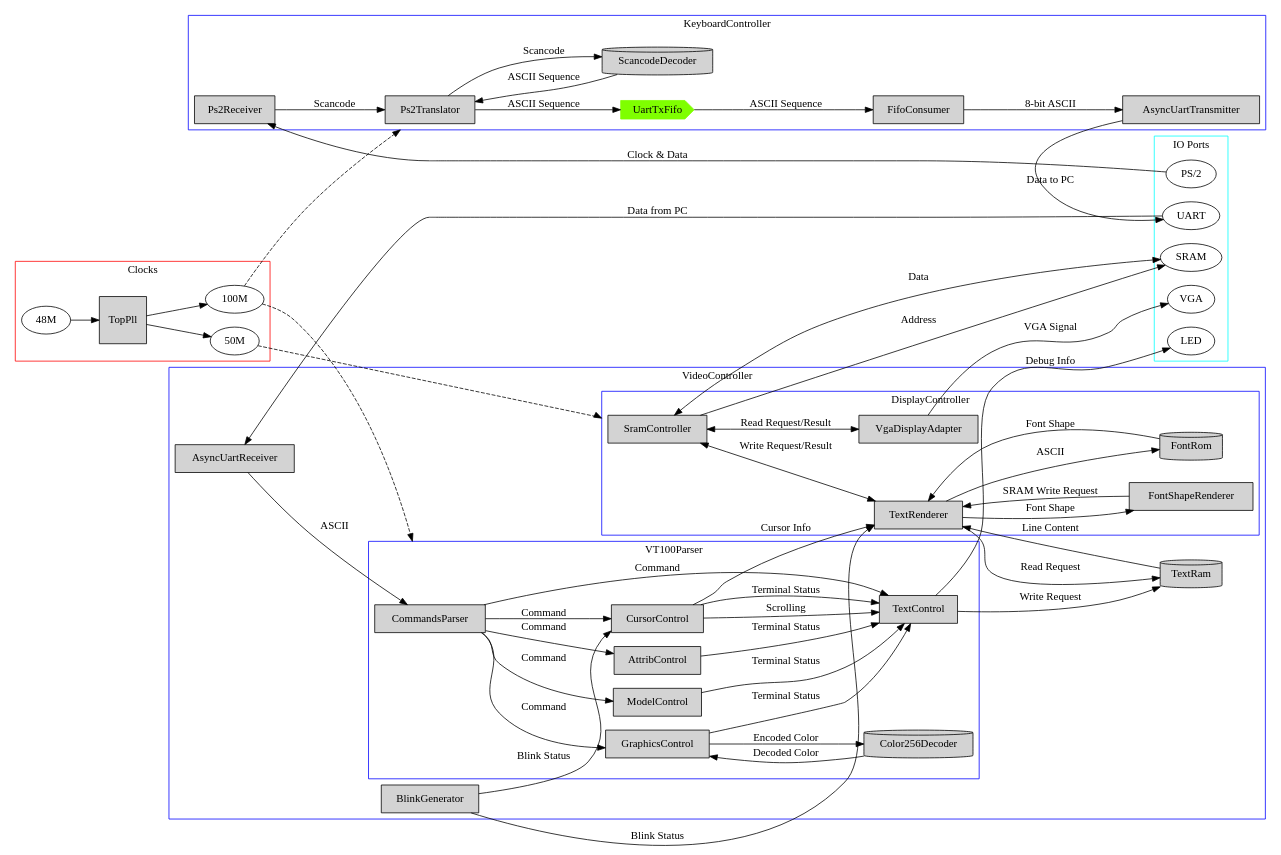
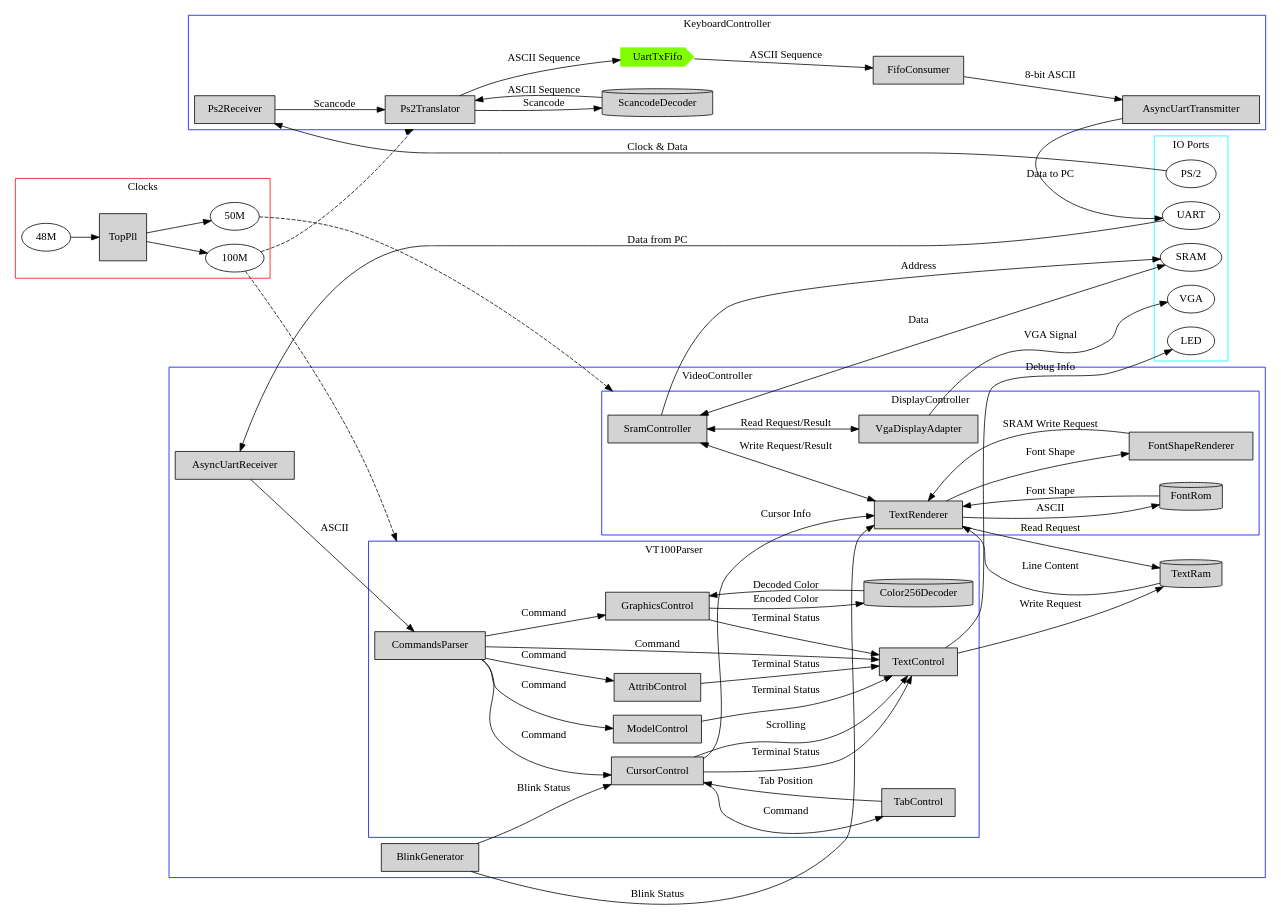
One commit to Harry-Chen/fpga-virtual-console changed the diagram in doc/plots/Architecture.dot. Above: the diagram before and after it, drawn with Graphviz. The commit also changed 3 other files, not shown here.

Commit message:
Finish KeyboardController and add TabControl in architecture

```diff
--- a/doc/plots/Architecture.dot
+++ b/doc/plots/Architecture.dot
@@ -1,119 +1,121 @@
 digraph Architecture {
     rankdir=LR;
 
     graph[compound=true];
 
     subgraph cluster_pll{
         color=red;
         label="Clocks";
         TopPll[shape=square,style=filled];
         TopPll->"100M";
         TopPll->"50M";
         "48M"->TopPll;
     }
 
 
     subgraph cluster_IOPorts{
         color=cyan;
         label="IO Ports";
         node[shape=ellipse];
         "PS/2";
         UART;
         VGA;
         SRAM;
         LED;
     }
 
     subgraph cluster_keyboard{
         label="KeyboardController";
         node[style=filled, shape=box];
         color=blue;
 
         Ps2Receiver->Ps2Translator[label="Scancode"];
         Ps2Translator->ScancodeDecoder[label="Scancode"];
         ScancodeDecoder->Ps2Translator[label="ASCII Sequence"];
         ScancodeDecoder[shape=cylinder];
 
         UartTxFifo[shape=cds, color=chartreuse];
 
         Ps2Translator->UartTxFifo[label="ASCII Sequence"];
         UartTxFifo->FifoConsumer[label="ASCII Sequence"];
         FifoConsumer->AsyncUartTransmitter[label="8-bit ASCII"];
 
     }
 
 
     subgraph cluster_video{
         label="VideoController";
         node[style=filled, shape=box];
         color=blue;
 
         TextRam[shape=cylinder];
 
         subgraph cluster_display{
             label="DisplayController";
 
             SramController->VgaDisplayAdapter[dir=both,label="Read Request/Result"];
 
             SramController->TextRenderer[dir=both,label="Write Request/Result"];
             
             FontRom[shape=cylinder];
             TextRenderer->FontRom[label="ASCII"];
             FontRom->TextRenderer[label="Font Shape"];
 
             TextRenderer->FontShapeRenderer[label="Font Shape"];
             FontShapeRenderer->TextRenderer[label="SRAM Write Request"];
             
         }
 
 
         subgraph cluster_parser{
             label="VT100Parser"
 
             CommandsParser->CursorControl[label="Command"];
             CommandsParser->TextControl[label="Command"];
             CommandsParser->ModelControl[label="Command"];
             CommandsParser->AttribControl[label="Command"];
             CommandsParser->GraphicsControl[label="Command"];
 
             CursorControl->TextControl[label="Terminal Status"];
             ModelControl->TextControl[label="Terminal Status"];
             AttribControl->TextControl[label="Terminal Status"];
             GraphicsControl->TextControl[label="Terminal Status"];
+            CursorControl->TabControl[label="Command"];
 
             Color256Decoder[shape=cylinder];
             GraphicsControl->Color256Decoder[label="Encoded Color"];
             Color256Decoder->GraphicsControl[label="Decoded Color"];
+            TabControl->CursorControl[label="Tab Position"];
 
             TextControl->LED[label="Debug Info"];
         }
 
 
         CursorControl->TextRenderer[label="Cursor Info"];
         CursorControl->TextControl[label="Scrolling"];
 
         AsyncUartReceiver->CommandsParser[label="ASCII"];
 
         BlinkGenerator->TextRenderer[label="Blink Status"];
         BlinkGenerator->CursorControl[label="Blink Status"]
 
         TextRenderer->TextRam[label="Read Request"];
         TextRam->TextRenderer[label="Line Content"];
 
         TextControl->TextRam[label="Write Request"];
 
     }   
 
 
     "100M"->Ps2Translator[lhead=cluster_keyboard,style=dashed];
     "50M"->SramController[lhead=cluster_display,style=dashed];
     "100M"->CommandsParser[lhead=cluster_parser,style=dashed];
 
     "PS/2"->Ps2Receiver[label="Clock & Data"];
     AsyncUartTransmitter->UART[label="Data to PC"];
     UART->AsyncUartReceiver[label="Data from PC"];
     VgaDisplayAdapter->VGA[label="VGA Signal"];
     SramController->SRAM[label="Address"];
     SramController->SRAM[dir=both,label="Data"]; 
 
 }
```
